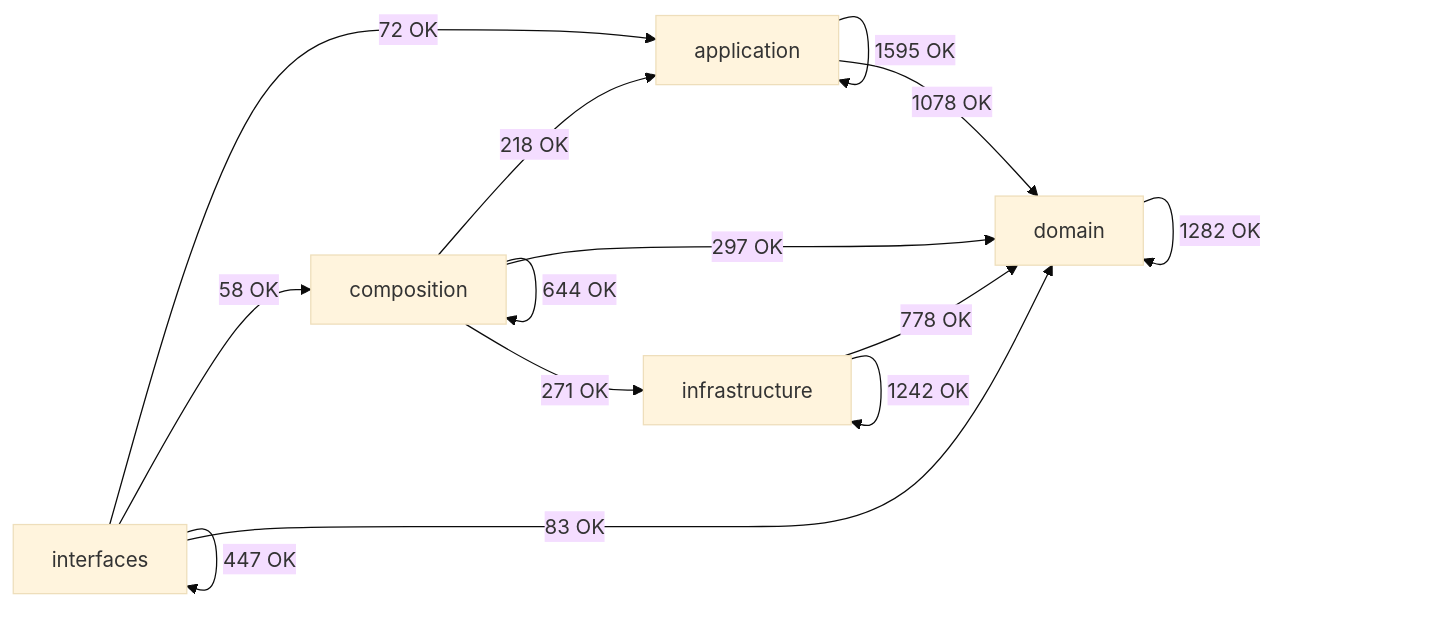
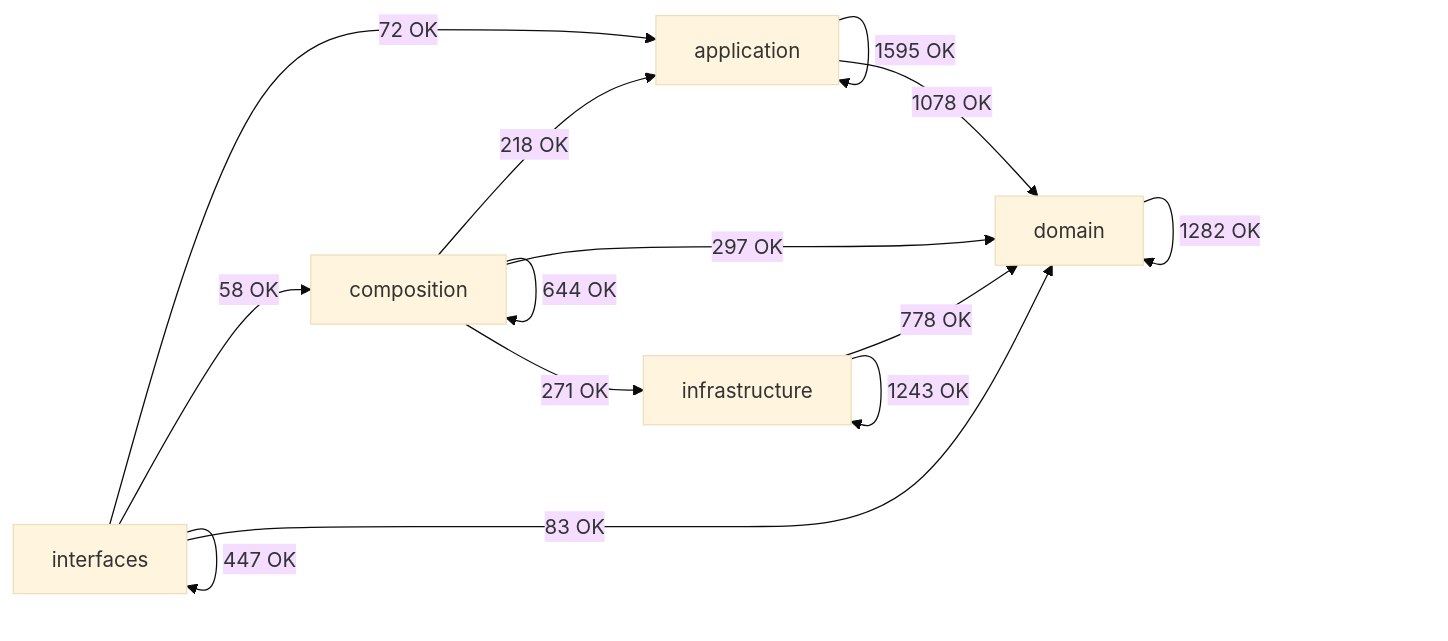
The diagram in docs/02-architecture/generated/module-dependency-map.md (SatoryKono/BioactivityDataAcquisition), drawn with Mermaid (base theme) before and after one commit. The commit also changed other lines of this file and 18 other files, not shown here.

Commit message:
Adopt complete config-root coverage and synchronize architecture evidence

````diff
--- a/docs/02-architecture/generated/module-dependency-map.md
+++ b/docs/02-architecture/generated/module-dependency-map.md
@@ -17,21 +17,21 @@
 ```mermaid
 flowchart LR
     domain[domain]
     application[application]
     infrastructure[infrastructure]
     composition[composition]
     interfaces[interfaces]
     application -->|1595 OK| application
     application -->|1078 OK| domain
     composition -->|218 OK| application
     composition -->|644 OK| composition
     composition -->|297 OK| domain
     composition -->|271 OK| infrastructure
     domain -->|1282 OK| domain
     infrastructure -->|778 OK| domain
-    infrastructure -->|1242 OK| infrastructure
+    infrastructure -->|1243 OK| infrastructure
     interfaces -->|72 OK| application
     interfaces -->|58 OK| composition
     interfaces -->|83 OK| domain
     interfaces -->|447 OK| interfaces
 ```
````
